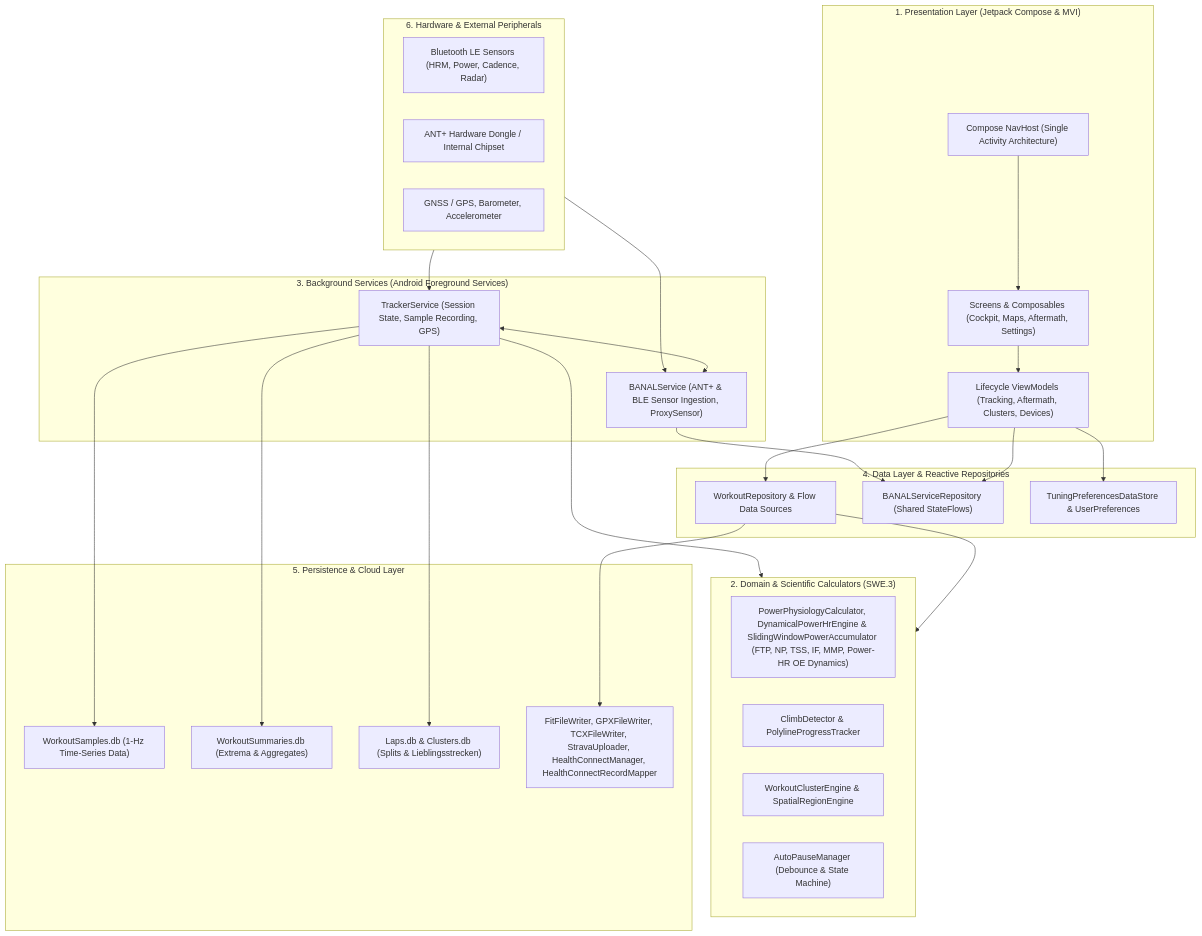
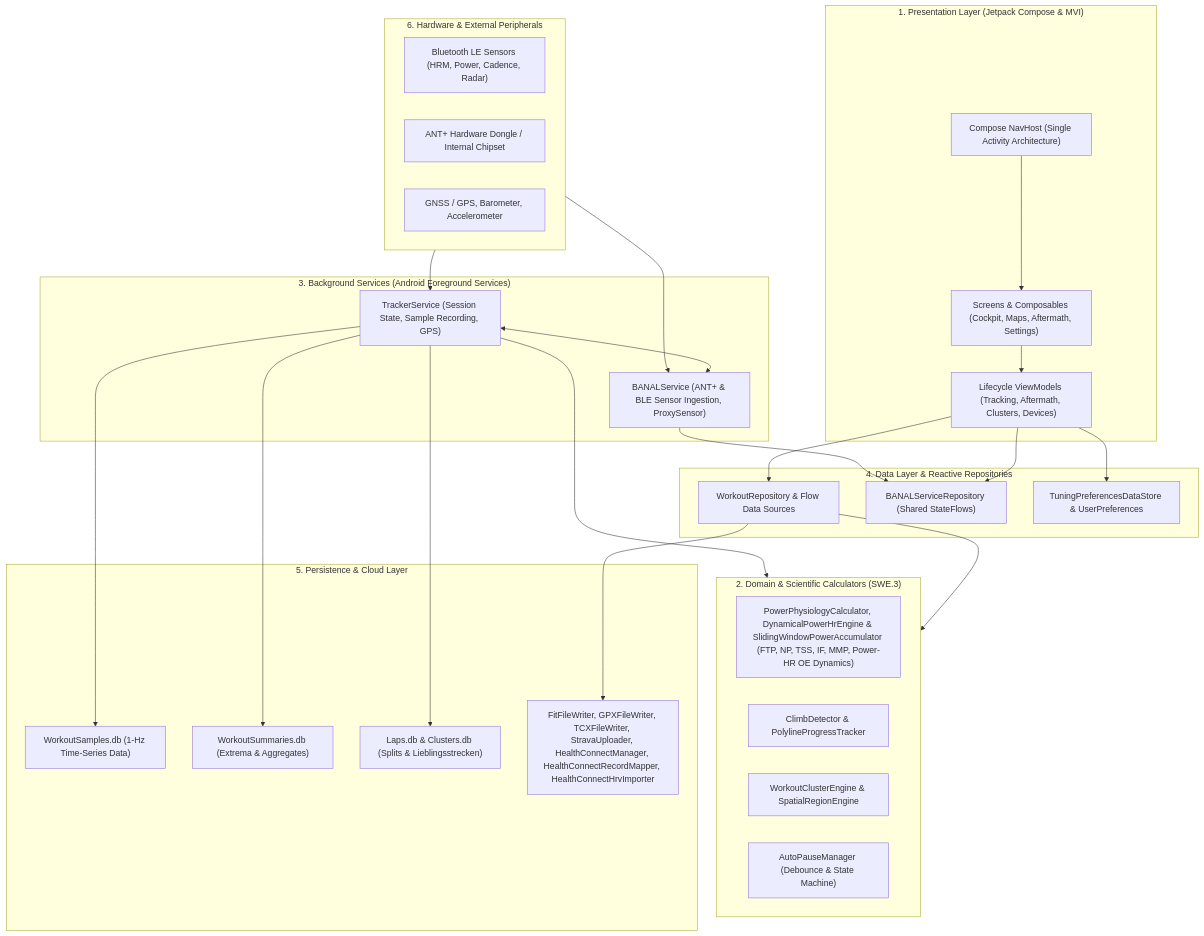
One commit to rainerblind/aTrainingTracker changed the first of 4 diagrams in docs/architecture.md. Above: the diagram before and after it, drawn with Mermaid. The commit also changed other lines of this file and 17 other files, not shown here.

Commit message:
ATT-4981: [Feature] Import morning and overnight resting HRV (rMSSD) from Android Health Connect into HrvReadinessRepository

````diff
--- a/docs/architecture.md
+++ b/docs/architecture.md
@@ -11,59 +11,59 @@
 ```mermaid
 graph TD
     subgraph UI_Layer["1. Presentation Layer (Jetpack Compose & MVI)"]
         NavHost["Compose NavHost (Single Activity Architecture)"]
         Screens["Screens & Composables (Cockpit, Maps, Aftermath, Settings)"]
         ViewModels["Lifecycle ViewModels (Tracking, Aftermath, Clusters, Devices)"]
     end
 
     subgraph Domain_Layer["2. Domain & Scientific Calculators (SWE.3)"]
         Physiology["PowerPhysiologyCalculator, DynamicalPowerHrEngine & SlidingWindowPowerAccumulator (FTP, NP, TSS, IF, MMP, Power-HR OE Dynamics)"]
         Climbs["ClimbDetector & PolylineProgressTracker"]
         Clusters["WorkoutClusterEngine & SpatialRegionEngine"]
         AutoPause["AutoPauseManager (Debounce & State Machine)"]
     end
 
     subgraph Service_Layer["3. Background Services (Android Foreground Services)"]
         TrackerService["TrackerService (Session State, Sample Recording, GPS)"]
         BANALService["BANALService (ANT+ & BLE Sensor Ingestion, ProxySensor)"]
     end
 
     subgraph Data_Layer["4. Data Layer & Reactive Repositories"]
         WorkoutRepo["WorkoutRepository & Flow Data Sources"]
         BANALRepo["BANALServiceRepository (Shared StateFlows)"]
         SettingsRepo["TuningPreferencesDataStore & UserPreferences"]
     end
 
     subgraph Persistence_Layer["5. Persistence & Cloud Layer"]
         SamplesDB["WorkoutSamples.db (1-Hz Time-Series Data)"]
         SummariesDB["WorkoutSummaries.db (Extrema & Aggregates)"]
         LapsDB["Laps.db & Clusters.db (Splits & Lieblingsstrecken)"]
-        Exporters["FitFileWriter, GPXFileWriter, TCXFileWriter, StravaUploader, HealthConnectManager, HealthConnectRecordMapper"]
+        Exporters["FitFileWriter, GPXFileWriter, TCXFileWriter, StravaUploader, HealthConnectManager, HealthConnectRecordMapper, HealthConnectHrvImporter"]
     end
 
     subgraph Hardware_Layer["6. Hardware & External Peripherals"]
         BLE["Bluetooth LE Sensors (HRM, Power, Cadence, Radar)"]
         ANT["ANT+ Hardware Dongle / Internal Chipset"]
         Sensors["GNSS / GPS, Barometer, Accelerometer"]
     end
 
     NavHost --> Screens
     Screens --> ViewModels
     ViewModels --> WorkoutRepo
     ViewModels --> BANALRepo
     ViewModels --> SettingsRepo
 
     WorkoutRepo --> Domain_Layer
     TrackerService --> Domain_Layer
     TrackerService --> SamplesDB
     TrackerService --> SummariesDB
     TrackerService --> LapsDB
 
     BANALService --> BANALRepo
     TrackerService <--> BANALService
 
     Hardware_Layer --> BANALService
     Hardware_Layer --> TrackerService
 
     WorkoutRepo --> Exporters
 ```
````
